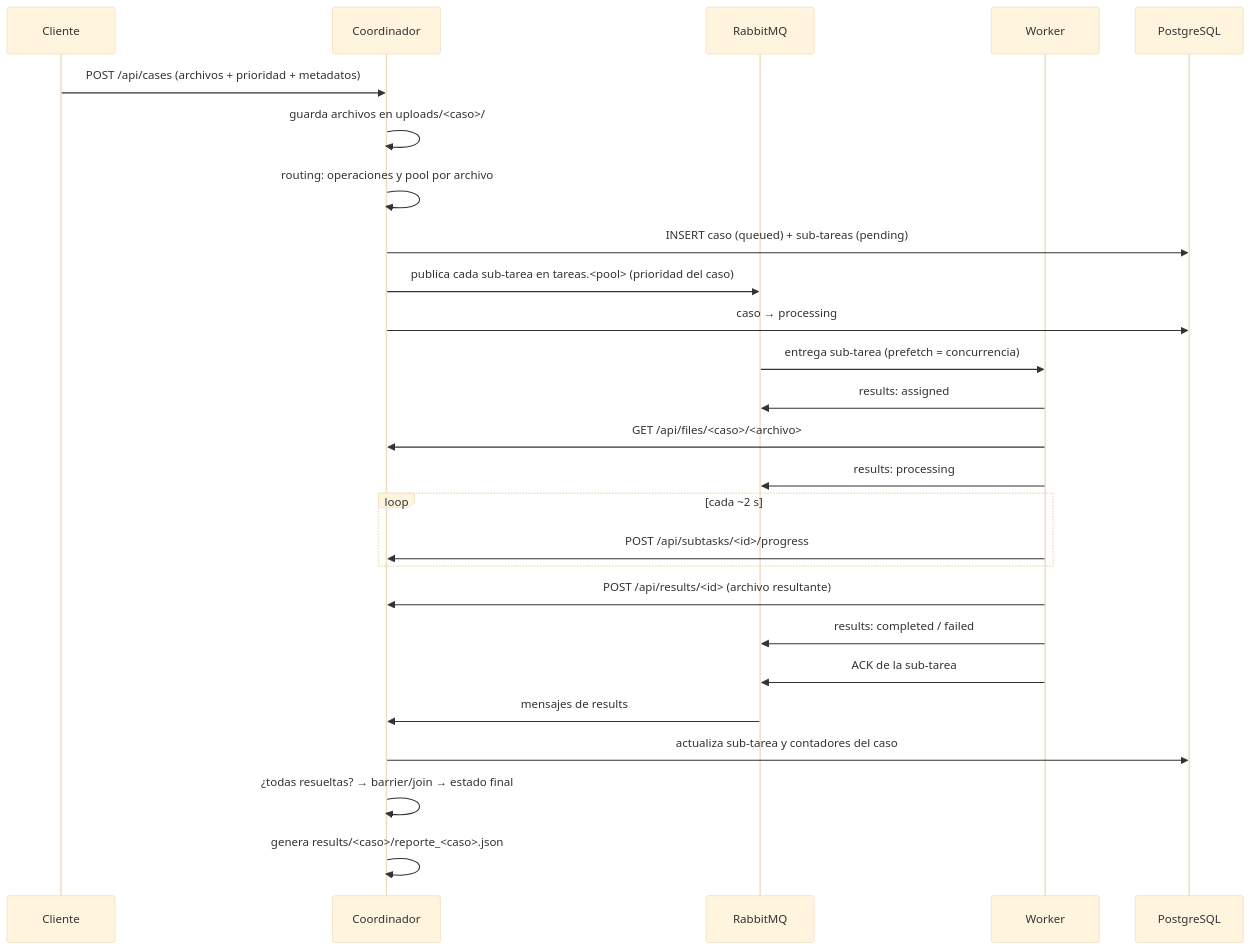
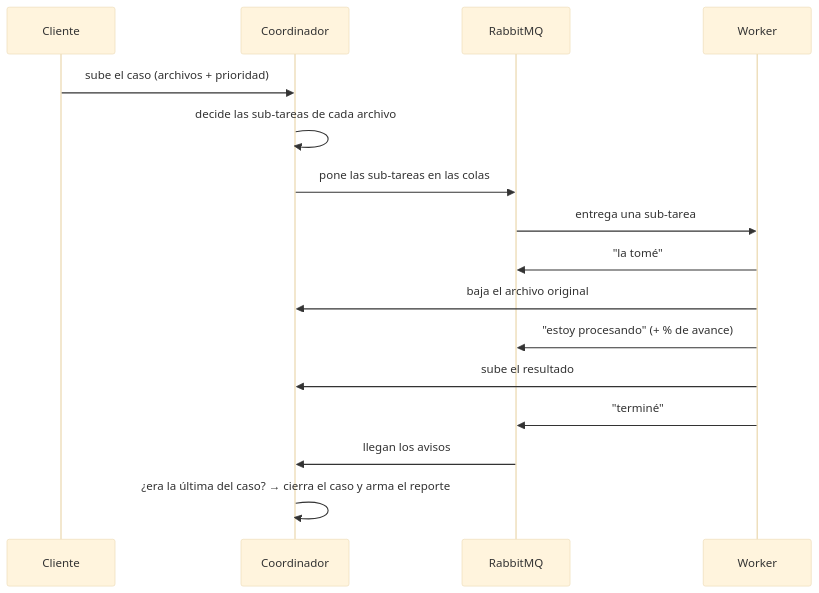
Before and after one commit to SharonBlanco/Paralelismo-en-APP-multimedia: the second of 4 diagrams in docs/ARQUITECTURA.md, drawn with Mermaid (base theme). The commit also changed other lines of this file and 7 other files, not shown here.

````diff
--- a/docs/ARQUITECTURA.md
+++ b/docs/ARQUITECTURA.md
@@ -66,29 +92,19 @@
 ```mermaid
 sequenceDiagram
     participant C as Cliente
     participant K as Coordinador
     participant Q as RabbitMQ
     participant W as Worker
-    participant DB as PostgreSQL
 
-    C->>K: POST /api/cases (archivos + prioridad + metadatos)
-    K->>K: guarda archivos en uploads/<caso>/
-    K->>K: routing: operaciones y pool por archivo
-    K->>DB: INSERT caso (queued) + sub-tareas (pending)
-    K->>Q: publica cada sub-tarea en tareas.<pool> (prioridad del caso)
-    K->>DB: caso → processing
-    Q->>W: entrega sub-tarea (prefetch = concurrencia)
-    W->>Q: results: assigned
-    W->>K: GET /api/files/<caso>/<archivo>
-    W->>Q: results: processing
-    loop cada ~2 s
-        W->>K: POST /api/subtasks/<id>/progress
-    end
-    W->>K: POST /api/results/<id> (archivo resultante)
-    W->>Q: results: completed / failed
-    W->>Q: ACK de la sub-tarea
-    Q->>K: mensajes de results
-    K->>DB: actualiza sub-tarea y contadores del caso
-    K->>K: ¿todas resueltas? → barrier/join → estado final
-    K->>K: genera results/<caso>/reporte_<caso>.json
+    C->>K: sube el caso (archivos + prioridad)
+    K->>K: decide las sub-tareas de cada archivo
+    K->>Q: pone las sub-tareas en las colas
+    Q->>W: entrega una sub-tarea
+    W->>Q: "la tomé"
+    W->>K: baja el archivo original
+    W->>Q: "estoy procesando" (+ % de avance)
+    W->>K: sube el resultado
+    W->>Q: "terminé"
+    Q->>K: llegan los avisos
+    K->>K: ¿era la última del caso? → cierra el caso y arma el reporte
 ```
````
